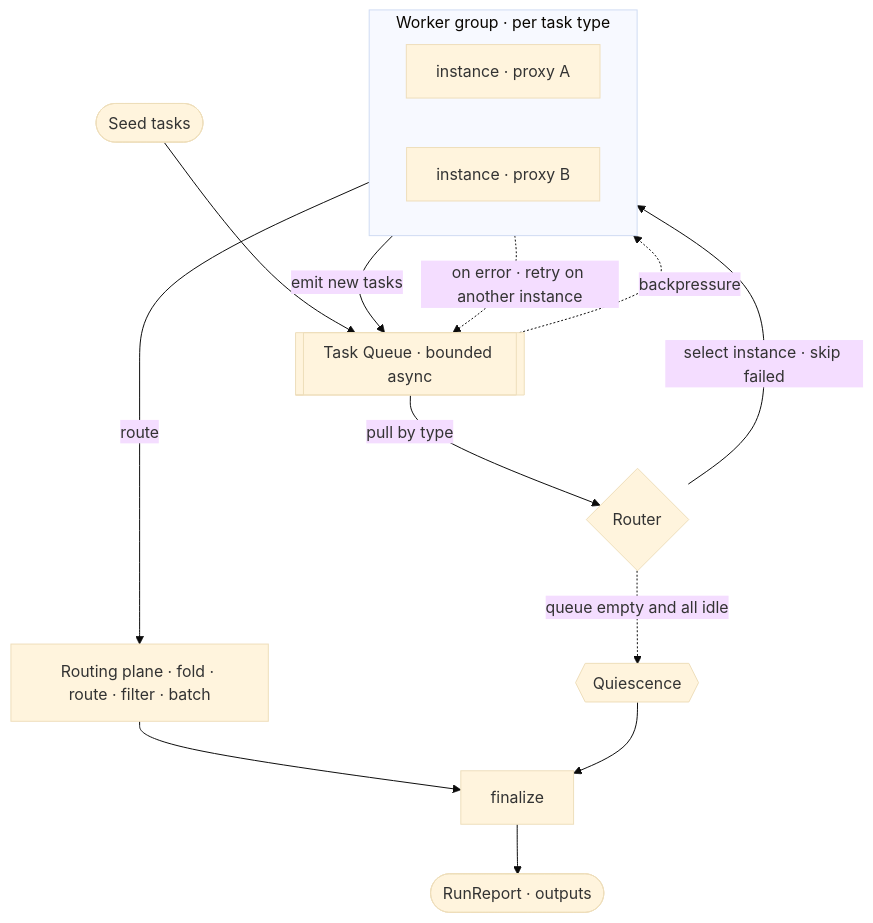
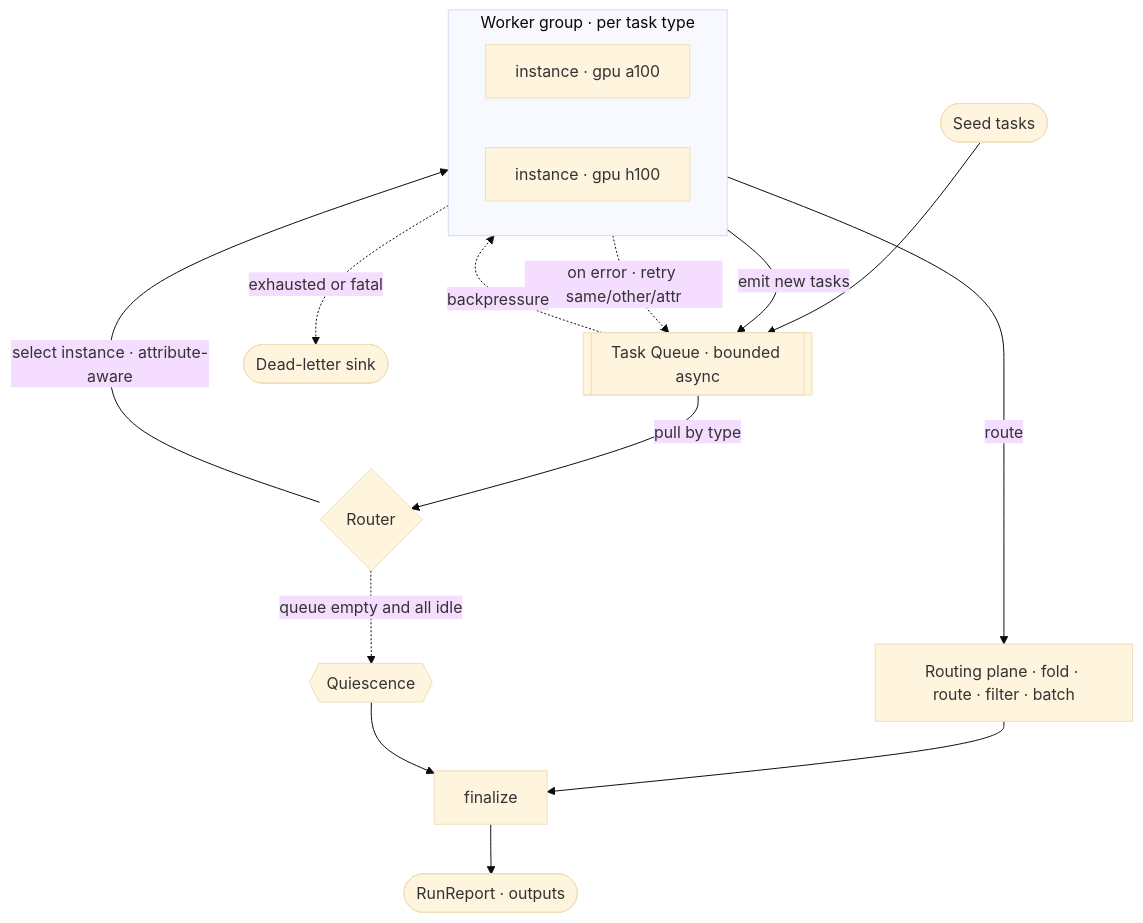
Before and after one commit to wavelens/bask: the diagram in README.md, drawn with Mermaid (base theme). The commit also changed other lines of this file and 11 other files, not shown here.

First line of the commit message:
bask: feat: add resource-attribute-aware selection and retry

````diff
--- a/README.md
+++ b/README.md
@@ -5,19 +5,20 @@
 ```mermaid
 flowchart TD
     seed([Seed tasks]) --> Q[[Task Queue · bounded async]]
     Q -->|pull by type| R{Router}
-    R -->|select instance · skip failed| WG
+    R -->|select instance · attribute-aware| WG
     subgraph WG [Worker group · per task type]
         direction LR
-        WA[instance · proxy A]
-        WB[instance · proxy B]
+        WA[instance · gpu a100]
+        WB[instance · gpu h100]
     end
     WG -->|emit new tasks| Q
     WG -->|route| A[Routing plane · fold · route · filter · batch]
-    WG -. on error · retry on another instance .-> Q
+    WG -. on error · retry same/other/attr .-> Q
+    WG -. exhausted or fatal .-> DL([Dead-letter sink])
     Q -. backpressure .-> WG
     R -. queue empty and all idle .-> Z{{Quiescence}}
     A --> F[finalize]
     Z --> F
     F --> OUT([RunReport · outputs])
 ```
````
